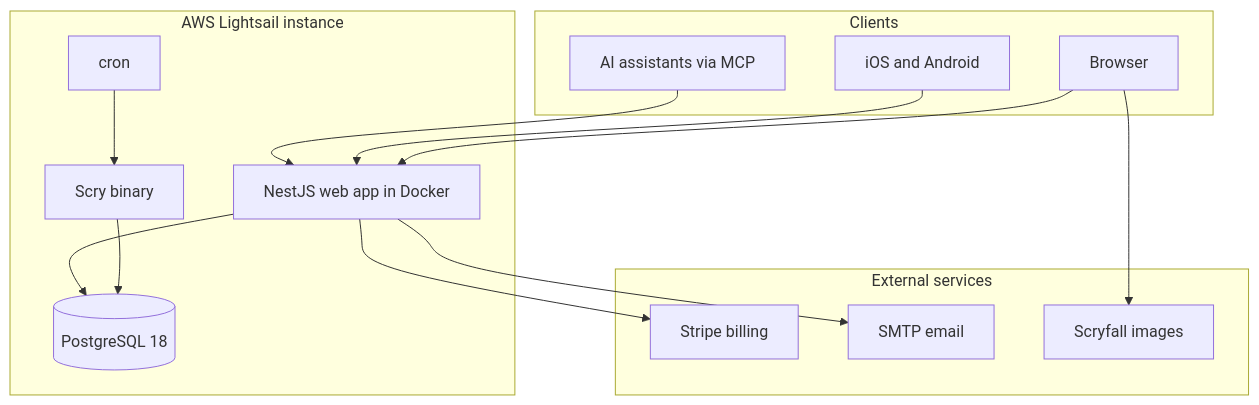
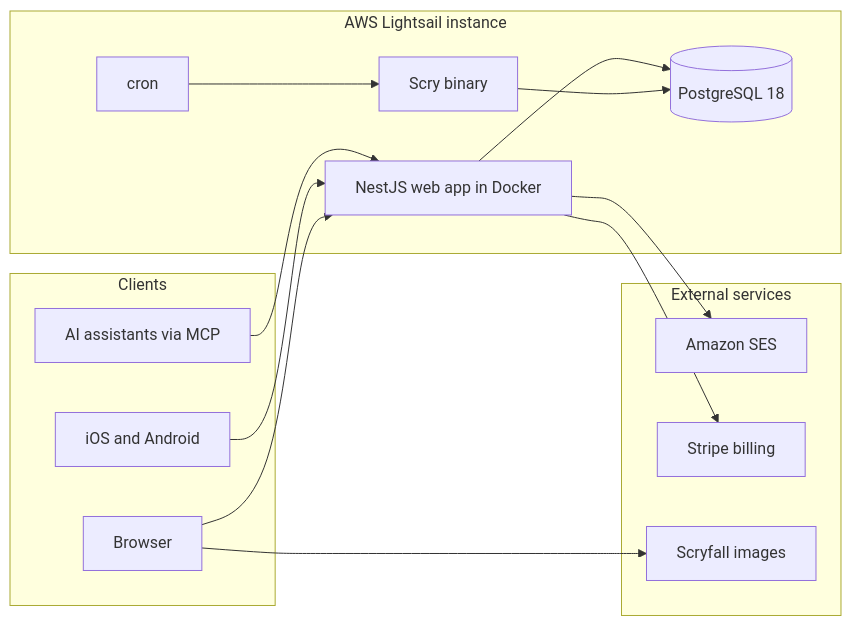
Before and after one commit to matthewdtowles/matthewtowles.com: the second of 3 diagrams in src/content/projects/i-want-my-mtg.md, drawn with Mermaid.

Commit message:
Correct the mail service to Amazon SES and lay the deployment diagram out left to right.

````diff
--- a/src/content/projects/i-want-my-mtg.md
+++ b/src/content/projects/i-want-my-mtg.md
@@ -103,31 +103,31 @@
 ```mermaid
-graph TB
+graph LR
   subgraph clients[Clients]
     BROWSER[Browser]
     PHONE[iOS and Android]
     AI[AI assistants via MCP]
   end
 
   subgraph lightsail[AWS Lightsail instance]
     WEB[NestJS web app in Docker]
     CRON[cron]
     SCRYBIN[Scry binary]
     PG[(PostgreSQL 18)]
     CRON --> SCRYBIN
     SCRYBIN --> PG
     WEB --> PG
   end
 
-  subgraph external[External services]
+  subgraph services[External services]
+    SES[Amazon SES]
     STRIPE[Stripe billing]
-    SMTP[SMTP email]
     SCRYFALL[Scryfall images]
   end
 
   BROWSER --> WEB
   PHONE --> WEB
   AI --> WEB
+  WEB --> SES
   WEB --> STRIPE
-  WEB --> SMTP
   BROWSER --> SCRYFALL
 ```
````
